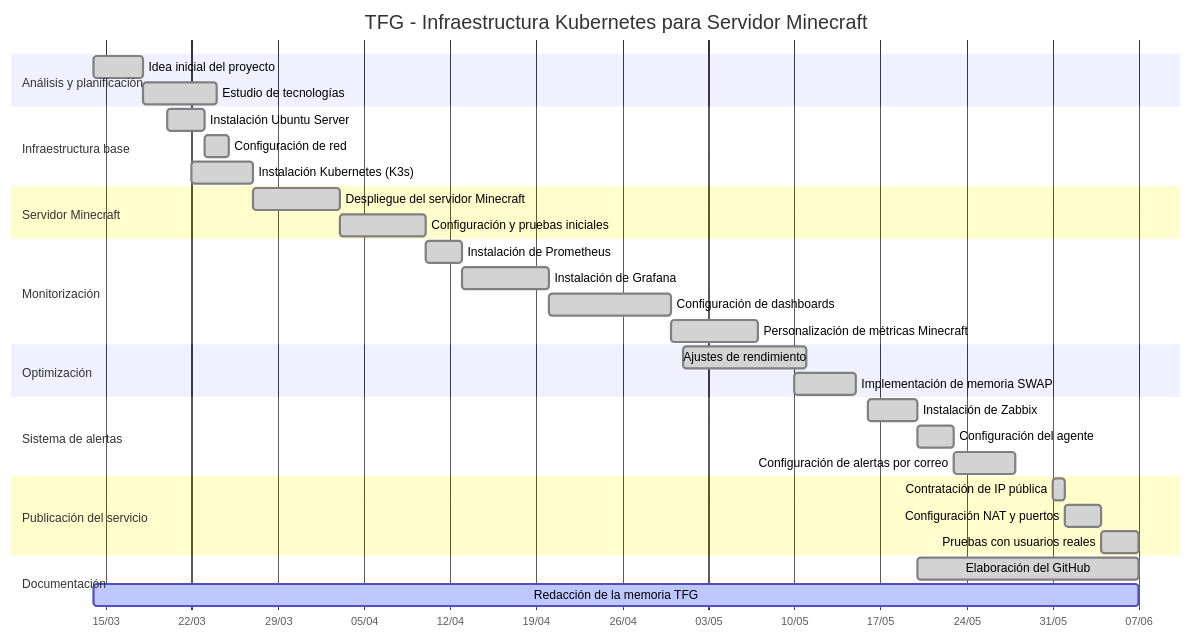
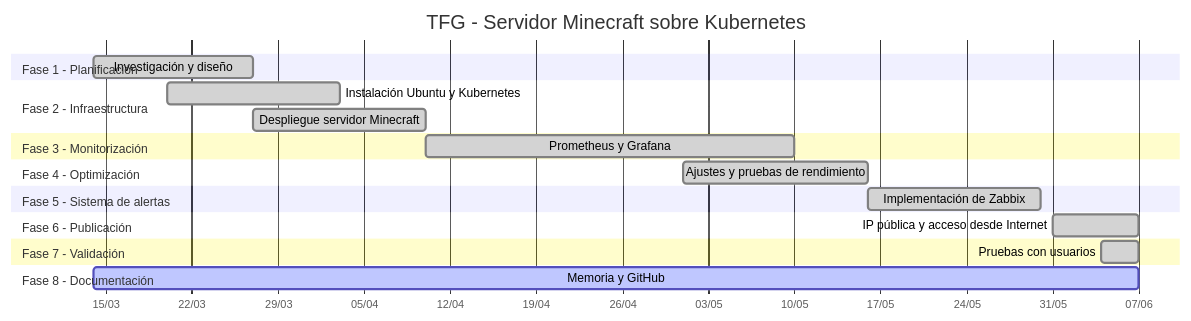
Before and after one commit to pabnaviva/minecraft: the diagram in diagrama gantt.md, drawn with Mermaid.

Commit message:
Update diagrama gantt.md

````diff
--- a/diagrama gantt.md
+++ b/diagrama gantt.md
@@ -3,43 +1,31 @@
 ```mermaid
 gantt
-    title TFG - Infraestructura Kubernetes para Servidor Minecraft
+    title TFG - Servidor Minecraft sobre Kubernetes
     dateFormat YYYY-MM-DD
     axisFormat %d/%m
 
-    section Análisis y planificación
-    Idea inicial del proyecto                :done, a1, 2026-03-14, 4d
-    Estudio de tecnologías                   :done, a2, 2026-03-18, 6d
+    section Fase 1 - Planificación
+    Investigación y diseño                 :done, 2026-03-14, 13d
 
-    section Infraestructura base
-    Instalación Ubuntu Server                :done, b1, 2026-03-20, 3d
-    Configuración de red                     :done, b2, 2026-03-23, 2d
-    Instalación Kubernetes (K3s)             :done, b3, 2026-03-22, 5d
+    section Fase 2 - Infraestructura
+    Instalación Ubuntu y Kubernetes        :done, 2026-03-20, 14d
+    Despliegue servidor Minecraft          :done, 2026-03-27, 14d
 
-    section Servidor Minecraft
-    Despliegue del servidor Minecraft        :done, c1, 2026-03-27, 7d
-    Configuración y pruebas iniciales        :done, c2, 2026-04-03, 7d
+    section Fase 3 - Monitorización
+    Prometheus y Grafana                   :done, 2026-04-10, 30d
 
-    section Monitorización
-    Instalación de Prometheus                :done, d1, 2026-04-10, 3d
-    Instalación de Grafana                   :done, d2, 2026-04-13, 7d
-    Configuración de dashboards              :done, d3, 2026-04-20, 10d
-    Personalización de métricas Minecraft    :done, d4, 2026-04-30, 7d
+    section Fase 4 - Optimización
+    Ajustes y pruebas de rendimiento       :done, 2026-05-01, 15d
 
-    section Optimización
-    Ajustes de rendimiento                   :done, e1, 2026-05-01, 10d
-    Implementación de memoria SWAP           :done, e2, 2026-05-10, 5d
+    section Fase 5 - Sistema de alertas
+    Implementación de Zabbix               :done, 2026-05-16, 14d
 
-    section Sistema de alertas
-    Instalación de Zabbix                    :done, f1, 2026-05-16, 4d
-    Configuración del agente                 :done, f2, 2026-05-20, 3d
-    Configuración de alertas por correo      :done, f3, 2026-05-23, 5d
+    section Fase 6 - Publicación
+    IP pública y acceso desde Internet     :done, 2026-05-31, 7d
 
-    section Publicación del servicio
-    Contratación de IP pública               :done, g1, 2026-05-31, 1d
-    Configuración NAT y puertos              :done, g2, 2026-06-01, 3d
-    Pruebas con usuarios reales              :done, g3, 2026-06-04, 3d
+    section Fase 7 - Validación
+    Pruebas con usuarios                   :done, 2026-06-04, 3d
 
-    section Documentación
-    Elaboración del GitHub                   :done, h1, 2026-05-20, 18d
-    Redacción de la memoria TFG              :active, h2, 2026-03-14, 85d
+    section Fase 8 - Documentación
+    Memoria y GitHub                       :active, 2026-03-14, 85d
 ```
````
